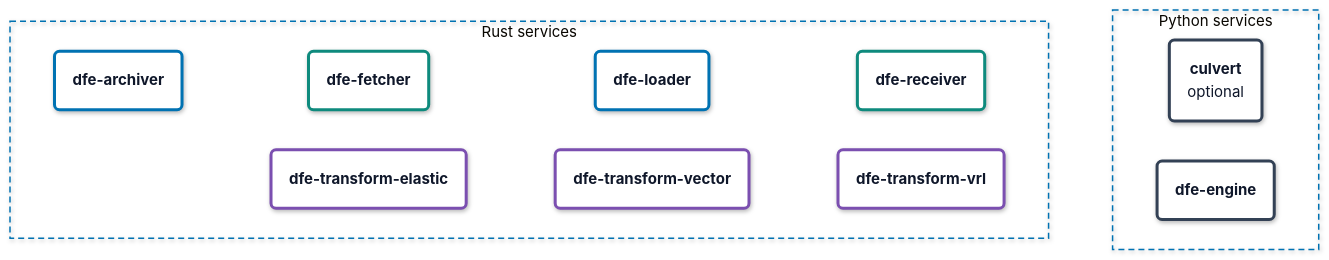
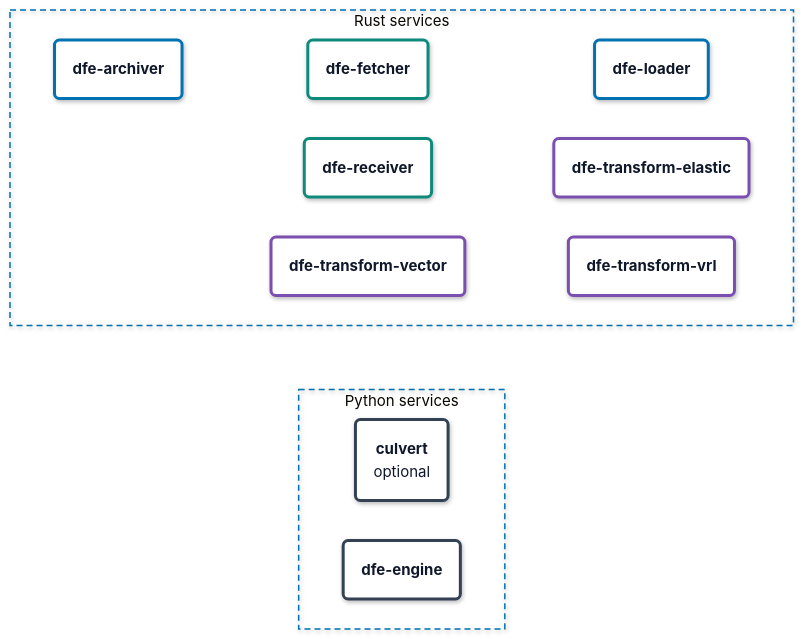
One commit to hyperi-io/dfe-infra changed the first of 19 diagrams in docs/suite-graph.md. Above: the diagram before and after it, drawn with Mermaid. The commit also changed other lines of this file and 17 other files, not shown here.

First line of the commit message:
docs(architecture): map suite in architecture.md and fit charts to 860 px (#1152)

```diff
--- a/docs/suite-graph.md
+++ b/docs/suite-graph.md
@@ -90,7 +90,7 @@
     .ui .label-icon{color:#D9480F}
     .ext .label-icon{color:#64748B}
 ---
-flowchart LR
+flowchart TB
     accTitle: L4 Detail -- Suite overview, services
     accDescr: The suite has 9 services, in 2 boxes. dfe-archiver, dfe-fetcher, dfe-loader, dfe-receiver, dfe-transform-elastic, dfe-transform-vector and dfe-transform-vrl sit in Rust services. culvert (optional) and dfe-engine sit in Python services.
 
@@ -103,8 +103,9 @@
         dfe_transform_elastic("<b>dfe-transform-elastic</b>")
         dfe_transform_vector("<b>dfe-transform-vector</b>")
         dfe_transform_vrl("<b>dfe-transform-vrl</b>")
-        dfe_archiver ~~~ dfe_fetcher ~~~ dfe_loader ~~~ dfe_receiver
-        dfe_transform_elastic ~~~ dfe_transform_vector ~~~ dfe_transform_vrl
+        dfe_archiver ~~~ dfe_fetcher ~~~ dfe_loader
+        dfe_receiver ~~~ dfe_transform_elastic
+        dfe_transform_vector ~~~ dfe_transform_vrl
     end
     subgraph python_services["Python services"]
         direction LR
```
